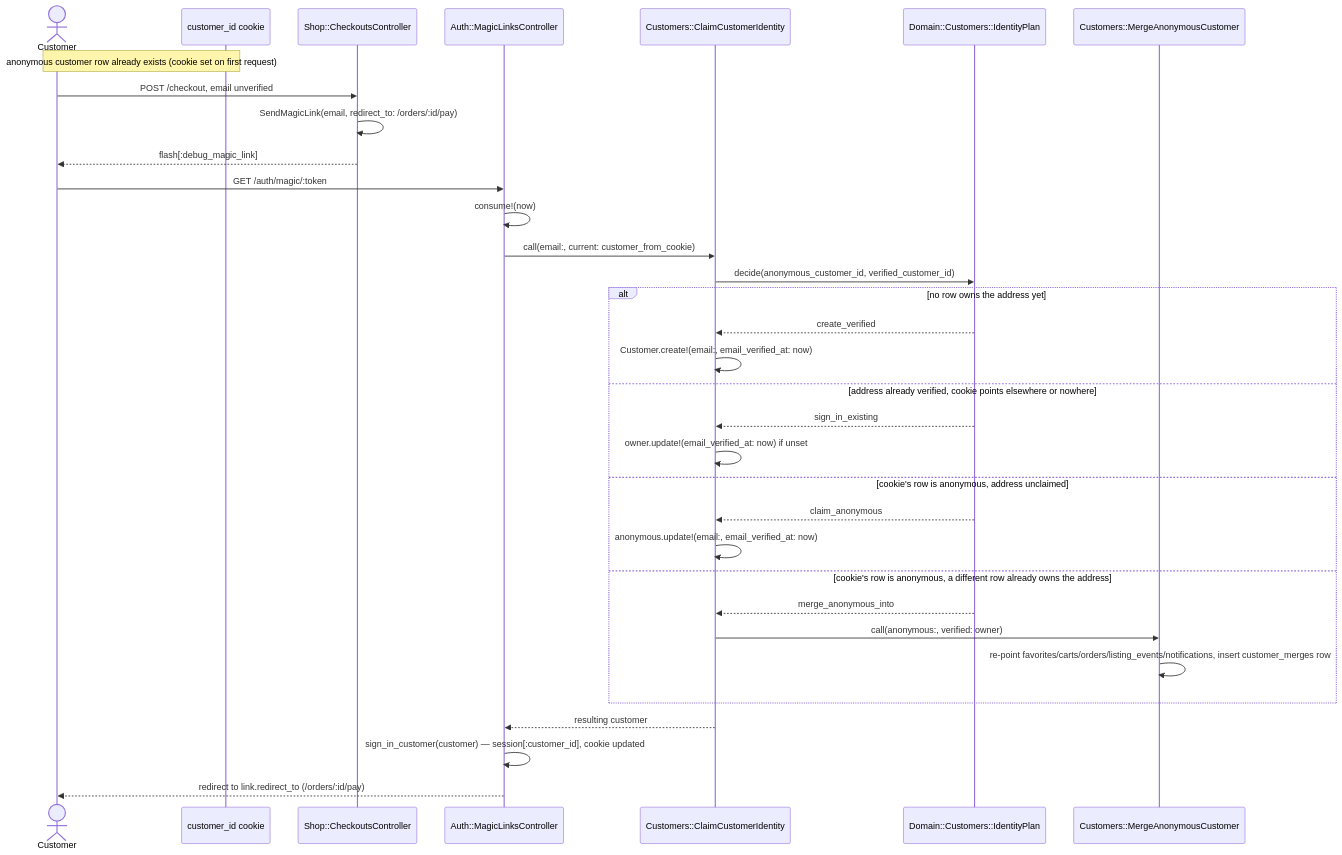
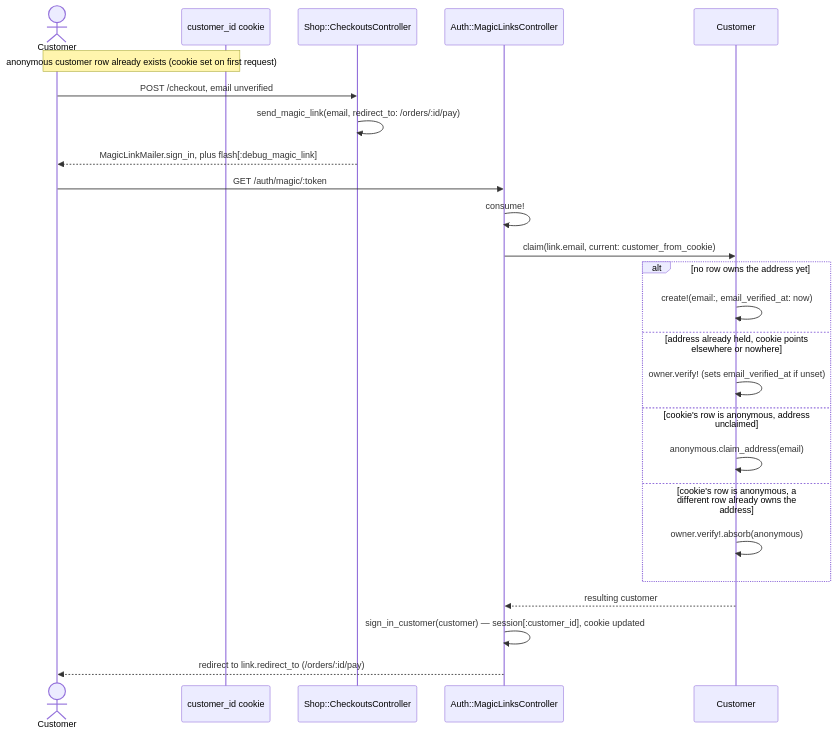
Before and after one commit to jonathan-beebe/art-store: the second of 3 diagrams in prototype/rails/docs/identity.md, drawn with Mermaid. The commit also changed other lines of this file and 349 other files, not shown here.

````diff
--- a/prototype/rails/docs/identity.md
+++ b/prototype/rails/docs/identity.md
@@ -47,37 +61,29 @@
 ```mermaid
 sequenceDiagram
     actor Customer
     participant Cookie as customer_id cookie
     participant Checkout as Shop::CheckoutsController
     participant Verify as Auth::MagicLinksController
-    participant Claim as Customers::ClaimCustomerIdentity
-    participant Plan as Domain::Customers::IdentityPlan
-    participant Merge as Customers::MergeAnonymousCustomer
+    participant Customers as Customer
 
     Note over Customer,Cookie: anonymous customer row already exists (cookie set on first request)
     Customer->>Checkout: POST /checkout, email unverified
-    Checkout->>Checkout: SendMagicLink(email, redirect_to: /orders/:id/pay)
-    Checkout-->>Customer: flash[:debug_magic_link]
+    Checkout->>Checkout: send_magic_link(email, redirect_to: /orders/:id/pay)
+    Checkout-->>Customer: MagicLinkMailer.sign_in, plus flash[:debug_magic_link]
 
     Customer->>Verify: GET /auth/magic/:token
-    Verify->>Verify: consume!(now)
-    Verify->>Claim: call(email:, current: customer_from_cookie)
-    Claim->>Plan: decide(anonymous_customer_id, verified_customer_id)
+    Verify->>Verify: consume!
+    Verify->>Customers: claim(link.email, current: customer_from_cookie)
     alt no row owns the address yet
-        Plan-->>Claim: create_verified
-        Claim->>Claim: Customer.create!(email:, email_verified_at: now)
-    else address already verified, cookie points elsewhere or nowhere
-        Plan-->>Claim: sign_in_existing
-        Claim->>Claim: owner.update!(email_verified_at: now) if unset
+        Customers->>Customers: create!(email:, email_verified_at: now)
+    else address already held, cookie points elsewhere or nowhere
+        Customers->>Customers: owner.verify! (sets email_verified_at if unset)
     else cookie's row is anonymous, address unclaimed
-        Plan-->>Claim: claim_anonymous
-        Claim->>Claim: anonymous.update!(email:, email_verified_at: now)
+        Customers->>Customers: anonymous.claim_address(email)
     else cookie's row is anonymous, a different row already owns the address
-        Plan-->>Claim: merge_anonymous_into
-        Claim->>Merge: call(anonymous:, verified: owner)
-        Merge->>Merge: re-point favorites/carts/orders/listing_events/notifications, insert customer_merges row
+        Customers->>Customers: owner.verify!.absorb(anonymous)
     end
-    Claim-->>Verify: resulting customer
+    Customers-->>Verify: resulting customer
     Verify->>Verify: sign_in_customer(customer) — session[:customer_id], cookie updated
     Verify-->>Customer: redirect to link.redirect_to (/orders/:id/pay)
 ```
````
